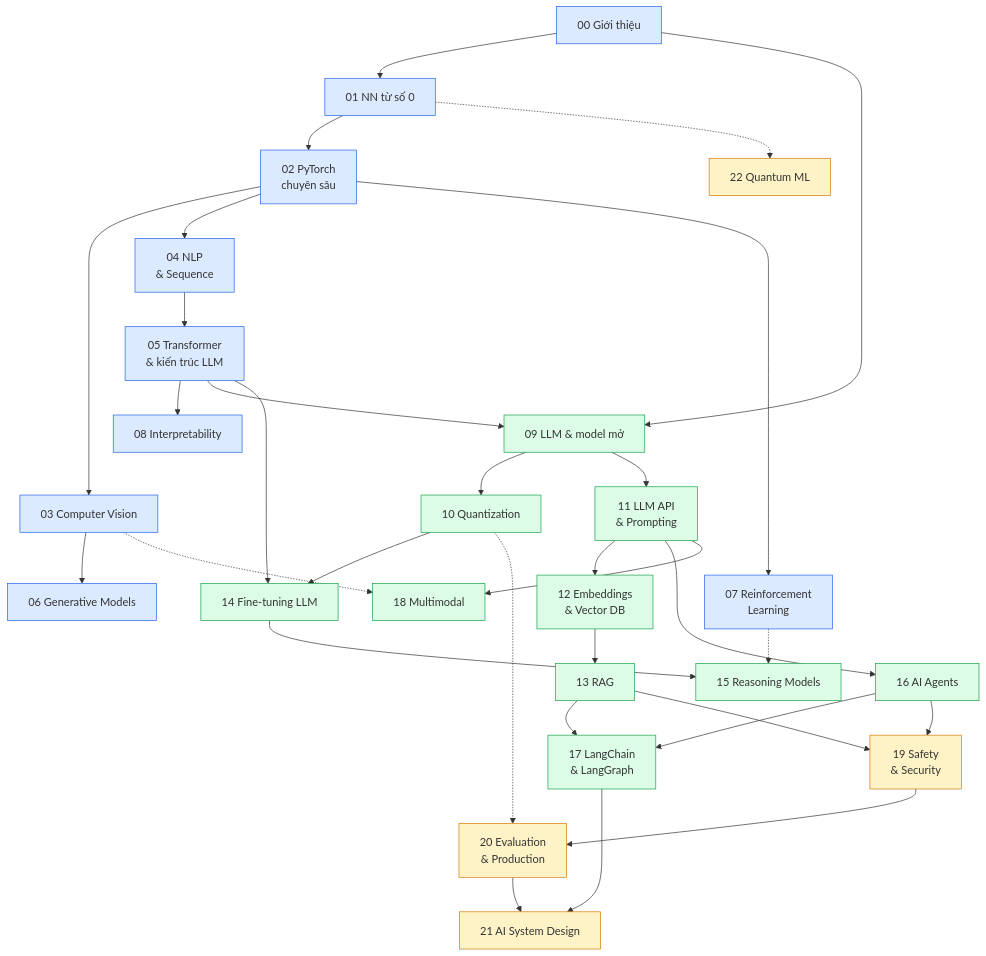
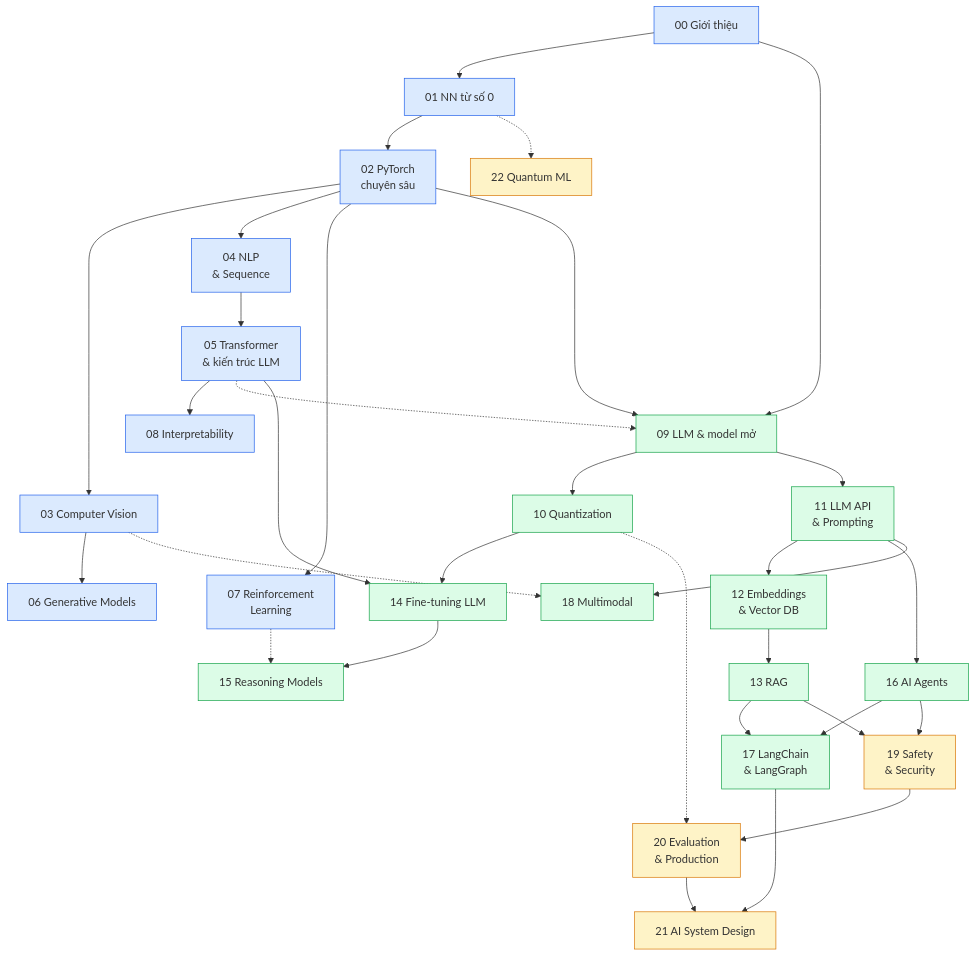
The diagram in tracks/ai-engineer/README.md (Buicongbang04/Learning_Platform), drawn with Mermaid before and after one commit. The commit also changed other lines of this file, not shown here.

Commit message:
Track AI Engineer: sửa lộ trình học, ánh xạ node roadmap theo PDF thật

````diff
--- a/tracks/ai-engineer/README.md
+++ b/tracks/ai-engineer/README.md
@@ -37,40 +37,41 @@
 ```mermaid
 flowchart TD
     M00[00 Giới thiệu] --> M01[01 NN từ số 0]
     M01 --> M02[02 PyTorch<br/>chuyên sâu]
     M02 --> M03[03 Computer Vision]
     M02 --> M04[04 NLP<br/>& Sequence]
     M04 --> M05[05 Transformer<br/>& kiến trúc LLM]
     M03 --> M06[06 Generative Models]
     M02 --> M07[07 Reinforcement<br/>Learning]
     M05 --> M08[08 Interpretability]
-    M05 --> M09[09 LLM & model mở]
+    M05 -.-> M09[09 LLM & model mở]
+    M02 --> M09
     M00 --> M09
     M09 --> M10[10 Quantization]
     M09 --> M11[11 LLM API<br/>& Prompting]
     M11 --> M12[12 Embeddings<br/>& Vector DB]
     M12 --> M13[13 RAG]
     M05 --> M14[14 Fine-tuning LLM]
     M10 --> M14
     M14 --> M15[15 Reasoning Models]
     M07 -.-> M15
     M11 --> M16[16 AI Agents]
     M16 --> M17[17 LangChain<br/>& LangGraph]
     M13 --> M17
     M11 --> M18[18 Multimodal]
     M03 -.-> M18
     M16 --> M19[19 Safety<br/>& Security]
     M13 --> M19
     M19 --> M20[20 Evaluation<br/>& Production]
     M10 -.-> M20
     M20 --> M21[21 AI System Design]
     M17 --> M21
     M01 -.-> M22[22 Quantum ML]
 
     classDef a fill:#dbeafe,stroke:#2563eb
     classDef b fill:#dcfce7,stroke:#16a34a
     classDef c fill:#fef3c7,stroke:#d97706
     class M00,M01,M02,M03,M04,M05,M06,M07,M08 a
     class M09,M10,M11,M12,M13,M14,M15,M16,M17,M18 b
     class M19,M20,M21,M22 c
 ```
````
